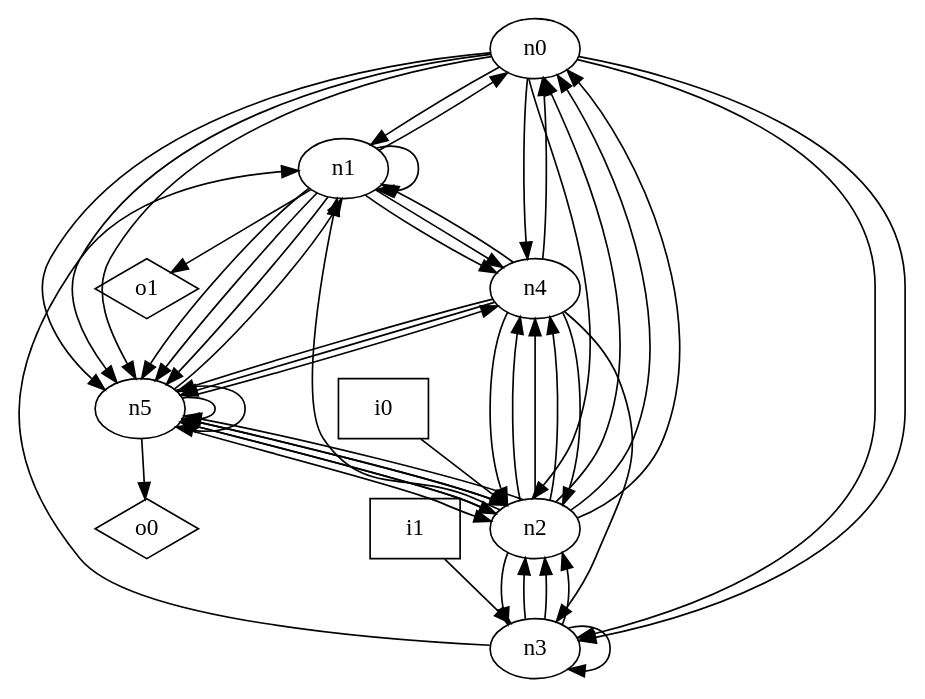
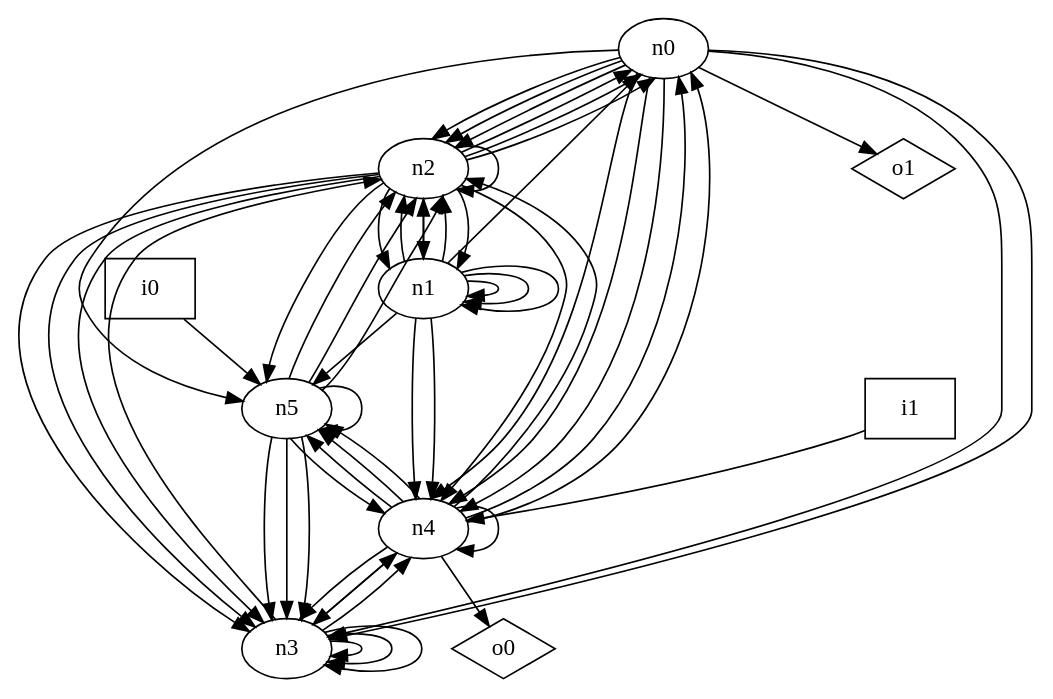
The diagram in dot_files/random/random_graph.dot (p9romain/bool-circuits), drawn with Graphviz before and after one commit. The commit also changed 53 other files, not shown here.

```diff
--- a/dot_files/random/random_graph.dot
+++ b/dot_files/random/random_graph.dot
@@ -1,61 +1,70 @@
 digraph G {
 n0 [label="n0"];
 n1 [label="n1"];
 n2 [label="n2"];
 n3 [label="n3"];
 n4 [label="n4"];
 n5 [label="n5"];
 n6 [label="i0",shape="box"];
 n7 [label="i1",shape="box"];
 n8 [label="o0",shape="diamond"];
 n9 [label="o1",shape="diamond"];
-n0 -> n1
+n0 -> n2
+n0 -> n2
 n0 -> n2
 n0 -> n3
 n0 -> n3
 n0 -> n4
+n0 -> n4
+n0 -> n4
 n0 -> n5
-n0 -> n5
-n0 -> n5
+n0 -> n9
 n1 -> n0
 n1 -> n1
+n1 -> n1
+n1 -> n1
+n1 -> n2
+n1 -> n2
+n1 -> n2
 n1 -> n4
 n1 -> n4
 n1 -> n5
-n1 -> n5
-n1 -> n5
-n1 -> n9
 n2 -> n0
 n2 -> n0
 n2 -> n0
 n2 -> n1
+n2 -> n1
+n2 -> n1
+n2 -> n2
+n2 -> n3
+n2 -> n3
 n2 -> n3
 n2 -> n4
-n2 -> n4
-n2 -> n4
 n2 -> n5
-n2 -> n5
-n2 -> n5
-n3 -> n1
-n3 -> n2
-n3 -> n2
 n3 -> n2
 n3 -> n3
+n3 -> n3
+n3 -> n3
+n3 -> n4
+n3 -> n4
 n4 -> n0
-n4 -> n1
-n4 -> n2
+n4 -> n0
 n4 -> n2
 n4 -> n3
+n4 -> n3
+n4 -> n4
 n4 -> n5
 n4 -> n5
-n5 -> n1
+n4 -> n5
+n4 -> n8
 n5 -> n2
 n5 -> n2
 n5 -> n2
+n5 -> n3
+n5 -> n3
+n5 -> n3
 n5 -> n4
 n5 -> n5
-n5 -> n5
-n5 -> n8
-n6 -> n2
-n7 -> n3
+n6 -> n5
+n7 -> n4
 }
```
